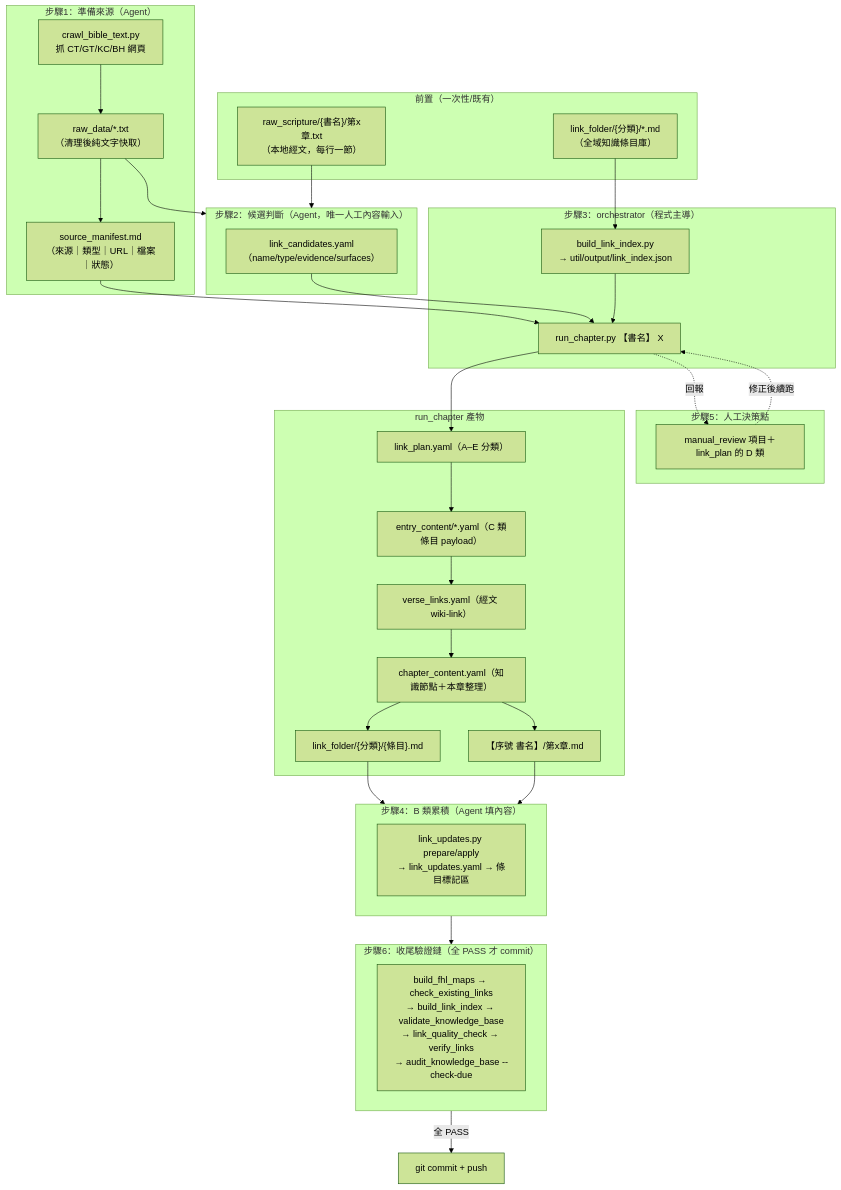
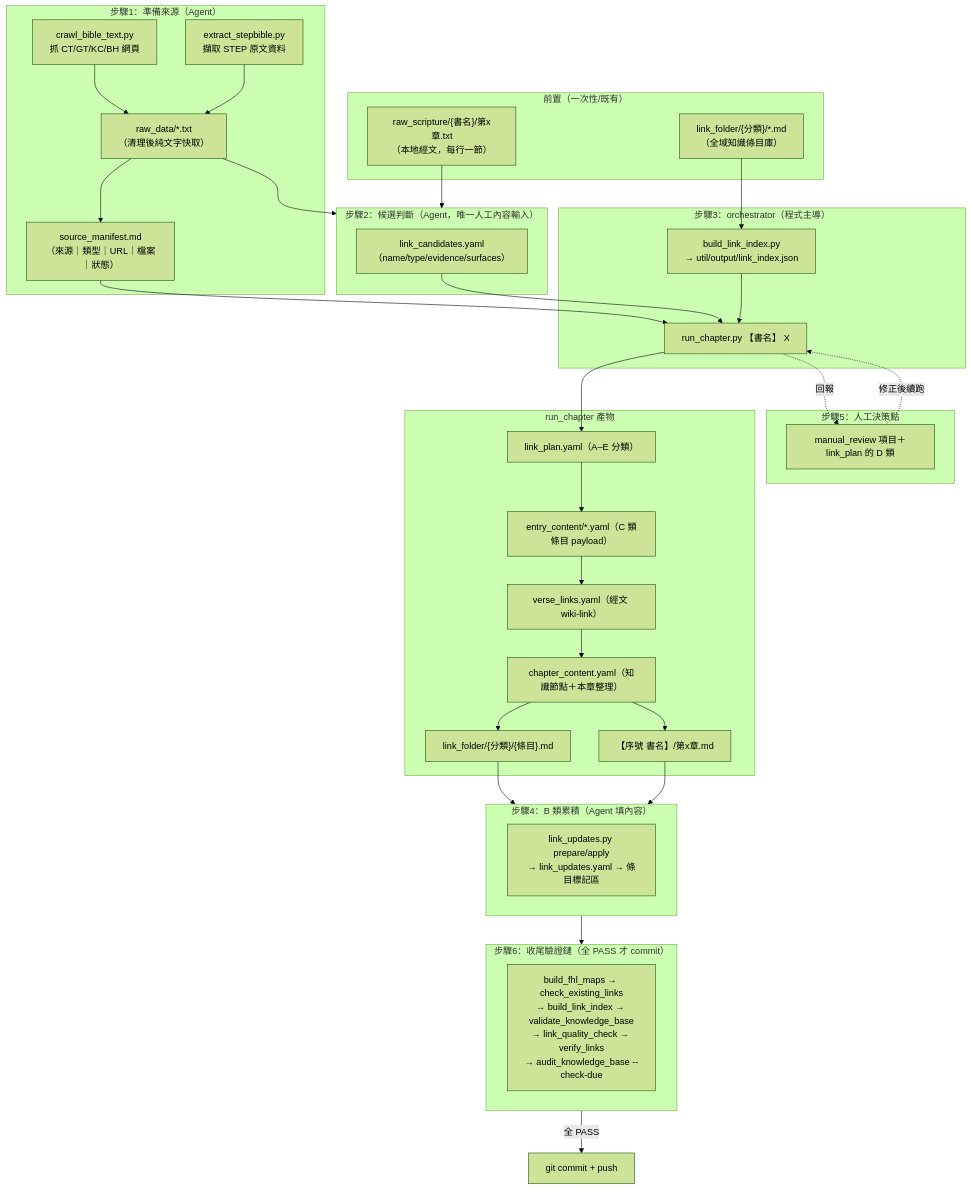
Before and after one commit to andyjr5566/Bible_wiki_zh: the first of 2 diagrams in 專案流程說明.md, drawn with Mermaid (forest theme). The commit also changed other lines of this file and 25 other files, not shown here.

````diff
--- a/專案流程說明.md
+++ b/專案流程說明.md
@@ -22,55 +22,57 @@
 ```mermaid
 flowchart TD
     subgraph 前置["前置（一次性/既有）"]
         RS["raw_scripture/{書名}/第x章.txt<br>（本地經文，每行一節）"]
         LF["link_folder/{分類}/*.md<br>（全域知識條目庫）"]
     end
 
     subgraph S1["步驟1：準備來源（Agent）"]
         CRAWL["crawl_bible_text.py<br>抓 CT/GT/KC/BH 網頁"]
+        STEP["extract_stepbible.py<br>擷取 STEP 原文資料"]
         RD["raw_data/*.txt<br>（清理後純文字快取）"]
         SM["source_manifest.md<br>（來源｜類型｜URL｜檔案｜狀態）"]
-        CRAWL --> RD --> SM
+        CRAWL --> RD
+        STEP --> RD --> SM
     end
 
     subgraph S2["步驟2：候選判斷（Agent，唯一人工內容輸入）"]
         LC["link_candidates.yaml<br>（name/type/evidence/surfaces）"]
     end
 
     subgraph S3["步驟3：orchestrator（程式主導）"]
         BLI["build_link_index.py<br>→ util/output/link_index.json"]
         RC["run_chapter.py 【書名】 X"]
         BLI --> RC
     end
 
     subgraph OUT["run_chapter 產物"]
         LP["link_plan.yaml（A–E 分類）"]
         EC["entry_content/*.yaml（C 類條目 payload）"]
         VL["verse_links.yaml（經文 wiki-link）"]
         CC["chapter_content.yaml（知識節點＋本章整理）"]
         MD1["link_folder/{分類}/{條目}.md"]
         MD2["【序號 書名】/第x章.md"]
     end
 
     subgraph S4["步驟4：B 類累積（Agent 填內容）"]
         LU["link_updates.py prepare/apply<br>→ link_updates.yaml → 條目標記區"]
     end
 
     subgraph S5["步驟5：人工決策點"]
         MR["manual_review 項目＋link_plan 的 D 類"]
     end
 
     subgraph S6["步驟6：收尾驗證鏈（全 PASS 才 commit）"]
         V["build_fhl_maps → check_existing_links<br>→ build_link_index → validate_knowledge_base<br>→ link_quality_check → verify_links<br>→ audit_knowledge_base --check-due"]
     end
 
     RS --> S2
     RD --> S2
     SM --> RC
     LC --> RC
     LF --> BLI
     RC --> LP --> EC --> VL --> CC --> MD1 & MD2
     MD1 & MD2 --> S4 --> S6
     RC -.回報.-> MR -.修正後續跑.-> RC
     S6 -->|全 PASS| COMMIT["git commit + push"]
 ```
````
